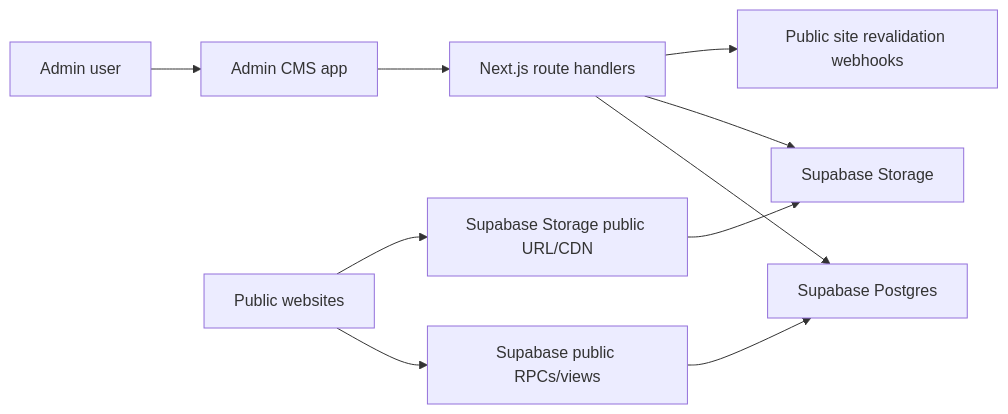
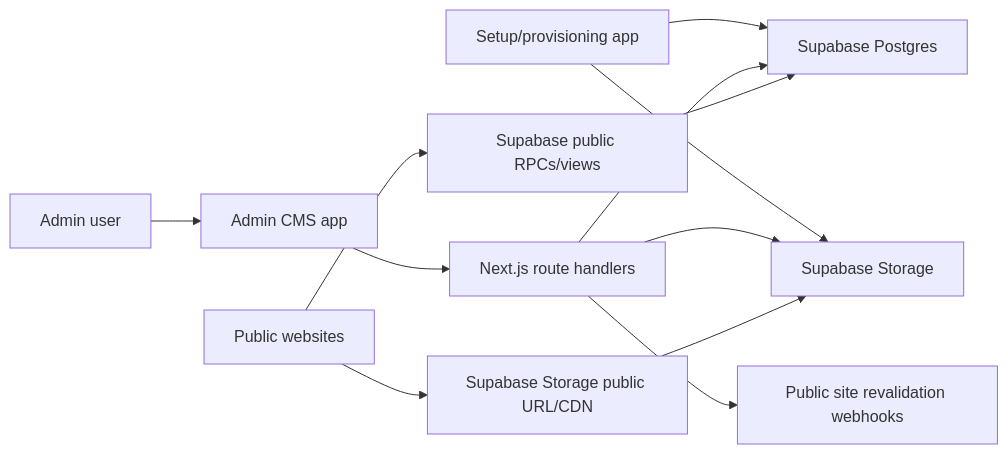
The first of 6 diagrams in docs/ARCHITECTURE.md (nisarhali2022/Admin-CMS), drawn with Mermaid before and after one commit. The commit also changed other lines of this file and 385 other files, not shown here.

````diff
--- a/docs/ARCHITECTURE.md
+++ b/docs/ARCHITECTURE.md
@@ -9,12 +9,14 @@
 ```mermaid
 flowchart LR
+  Setup["Setup/provisioning app"] --> Supabase["Supabase Postgres"]
+  Setup --> Storage["Supabase Storage"]
   Admin["Admin user"] --> AdminApp["Admin CMS app"]
   AdminApp --> AdminAPI["Next.js route handlers"]
-  AdminAPI --> Supabase["Supabase Postgres"]
-  AdminAPI --> Storage["Supabase Storage"]
+  AdminAPI --> Supabase
+  AdminAPI --> Storage
   AdminAPI --> Revalidate["Public site revalidation webhooks"]
   PublicSite["Public websites"] --> PublicRPC["Supabase public RPCs/views"]
   PublicRPC --> Supabase
   PublicSite --> StorageCDN["Supabase Storage public URL/CDN"]
   StorageCDN --> Storage
 ```
````
